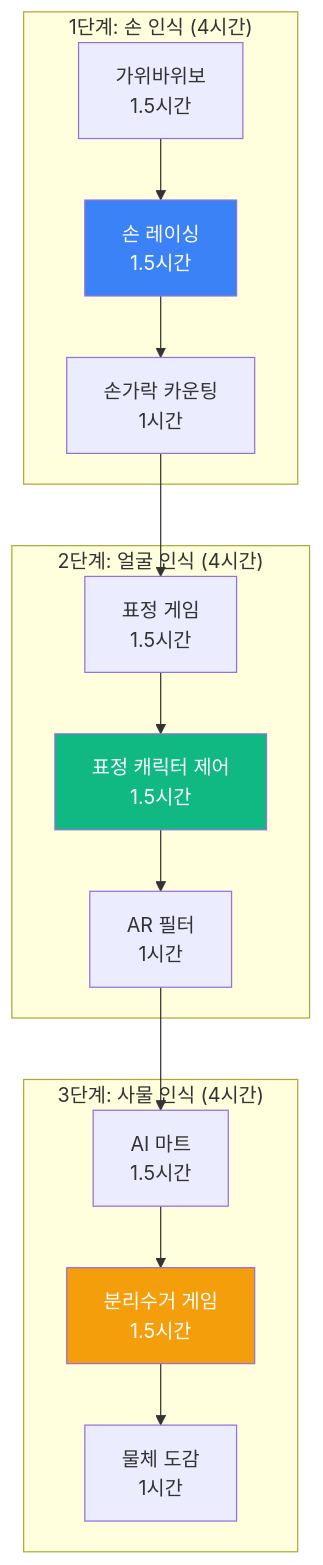
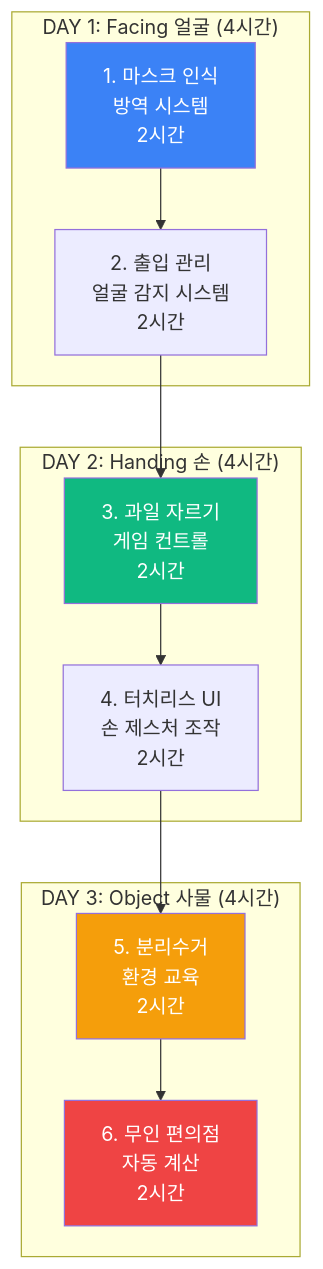
Before and after one commit to Collegenie-X/AIMakerLab_Web: the fourth of 14 diagrams in documents/CURRICULUM/맛보기_블록코딩_AI비전.md, drawn with Mermaid. The commit also changed other lines of this file and 3 other files, not shown here.

````diff
--- a/documents/CURRICULUM/맛보기_블록코딩_AI비전.md
+++ b/documents/CURRICULUM/맛보기_블록코딩_AI비전.md
@@ -118,30 +172,28 @@
 ```mermaid
 graph TB
-    subgraph "1단계: 손 인식 (4시간)"
-        H1[가위바위보<br/>1.5시간]
-        H2[손 레이싱<br/>1.5시간]
-        H3[손가락 카운팅<br/>1시간]
+    subgraph "DAY 1: Facing 얼굴 (4시간)"
+        F1[1. 마스크 인식<br/>방역 시스템<br/>2시간]
+        F2[2. 출입 관리<br/>얼굴 감지 시스템<br/>2시간]
     end
     
-    subgraph "2단계: 얼굴 인식 (4시간)"
-        F1[표정 게임<br/>1.5시간]
-        F2[표정 캐릭터 제어<br/>1.5시간]
-        F3[AR 필터<br/>1시간]
+    subgraph "DAY 2: Handing 손 (4시간)"
+        H1[3. 과일 자르기<br/>게임 컨트롤<br/>2시간]
+        H2[4. 터치리스 UI<br/>손 제스처 조작<br/>2시간]
     end
     
-    subgraph "3단계: 사물 인식 (4시간)"
-        O1[AI 마트<br/>1.5시간]
-        O2[분리수거 게임<br/>1.5시간]
-        O3[물체 도감<br/>1시간]
+    subgraph "DAY 3: Object 사물 (4시간)"
+        O1[5. 분리수거<br/>환경 교육<br/>2시간]
+        O2[6. 무인 편의점<br/>자동 계산<br/>2시간]
     end
     
-    H1 --> H2 --> H3
-    H3 --> F1
-    F1 --> F2 --> F3
-    F3 --> O1
-    O1 --> O2 --> O3
+    F1 --> F2
+    F2 --> H1
+    H1 --> H2
+    H2 --> O1
+    O1 --> O2
     
-    style H2 fill:#3b82f6,color:#fff
-    style F2 fill:#10b981,color:#fff
-    style O2 fill:#f59e0b,color:#fff
+    style F1 fill:#3b82f6,color:#fff
+    style H1 fill:#10b981,color:#fff
+    style O1 fill:#f59e0b,color:#fff
+    style O2 fill:#ef4444,color:#fff
 ```
````
